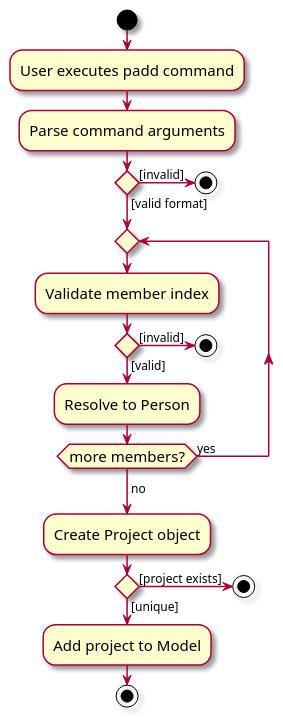
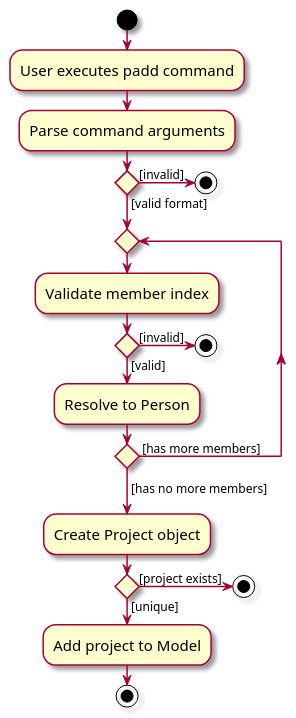
Before and after one commit to dongjunnn/tp: the diagram in docs/diagrams/AddProjectActivityDiagram.puml, drawn with PlantUML. The commit also changed 2 other files, not shown here.

```diff
--- a/docs/diagrams/AddProjectActivityDiagram.puml
+++ b/docs/diagrams/AddProjectActivityDiagram.puml
@@ -1,34 +1,34 @@
 @startuml
 skin rose
 skinparam ActivityFontSize 15
 skinparam ArrowFontSize 12
 start
 :User executes padd command;
 
 :Parse command arguments;
 
 if () then ([valid format])
 else ([invalid])
     stop
 endif
 
 repeat
     :Validate member index;
     if () then ([valid])
         :Resolve to Person;
     else ([invalid])
         stop
     endif
-repeat while (more members?) is (yes)
-->no;
+repeat while () is ( [has more members])
+->[has no more members];
 
 :Create Project object;
 
 if () then ([project exists])
     stop
 else ([unique])
     :Add project to Model;
 endif
 
 stop
 @enduml
```
